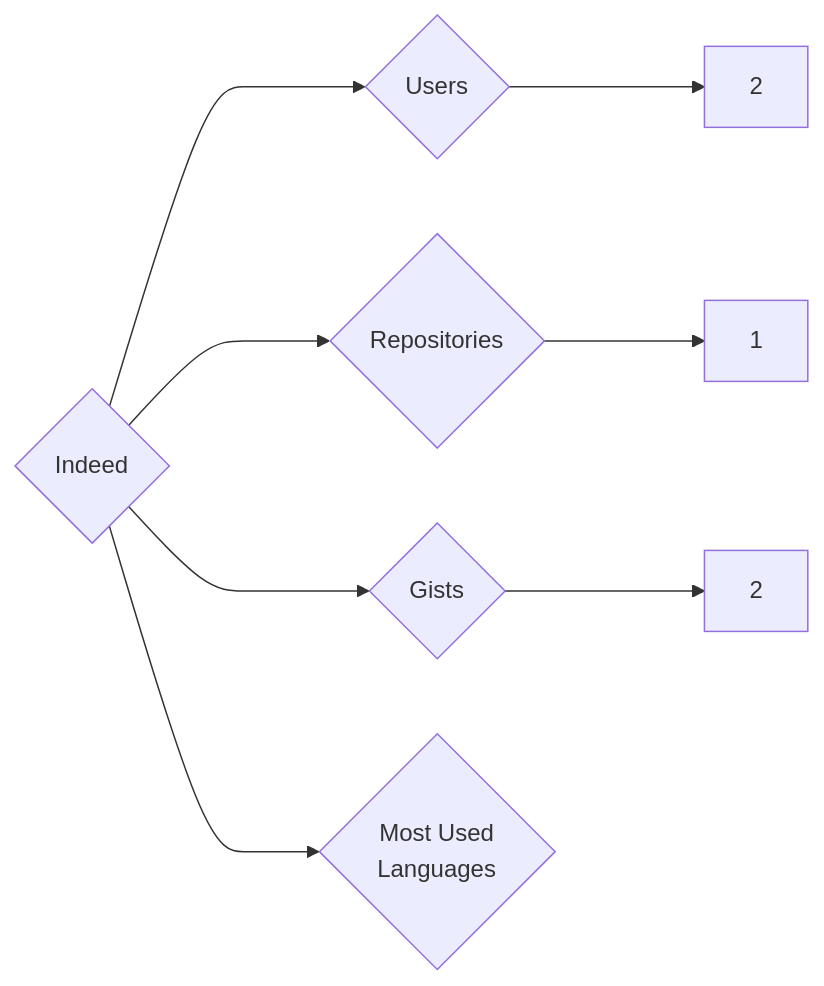
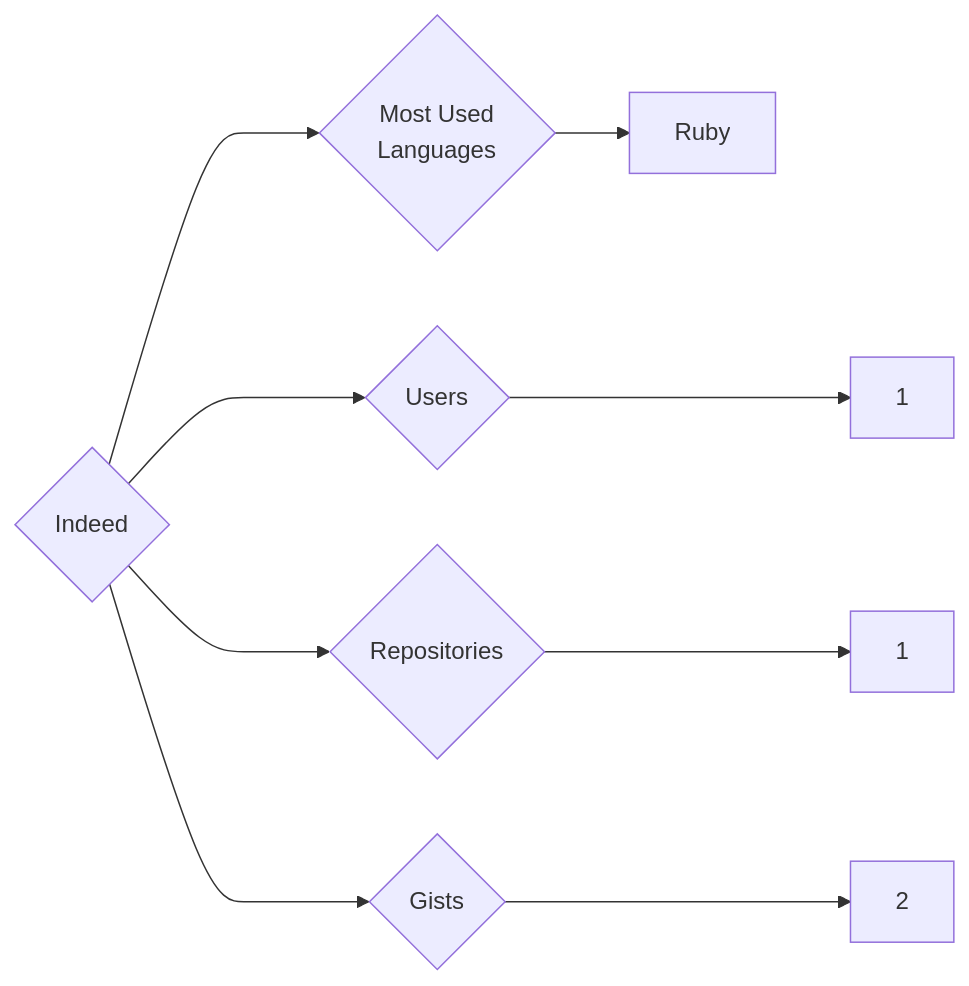
One commit to trickest/insiders changed the diagram in targets/Indeed/README.md. Above: the diagram before and after it, drawn with Mermaid. The commit also changed 823 other files, not shown here.

````diff
--- a/targets/Indeed/README.md
+++ b/targets/Indeed/README.md
@@ -3,8 +3,9 @@
 ```mermaid
 graph LR
 COMPANY_NAME{Indeed}
-COMPANY_NAME ---> U{Users} ---> UN[2]
+COMPANY_NAME ---> U{Users} ---> UN[1]
 COMPANY_NAME ---> R{Repositories} ---> RN[1]
 COMPANY_NAME ---> G{Gists} ---> GN[2]
 COMPANY_NAME ---> ML{Most Used<br>Languages}
+ML --> Ruby[Ruby]
 ```
````
